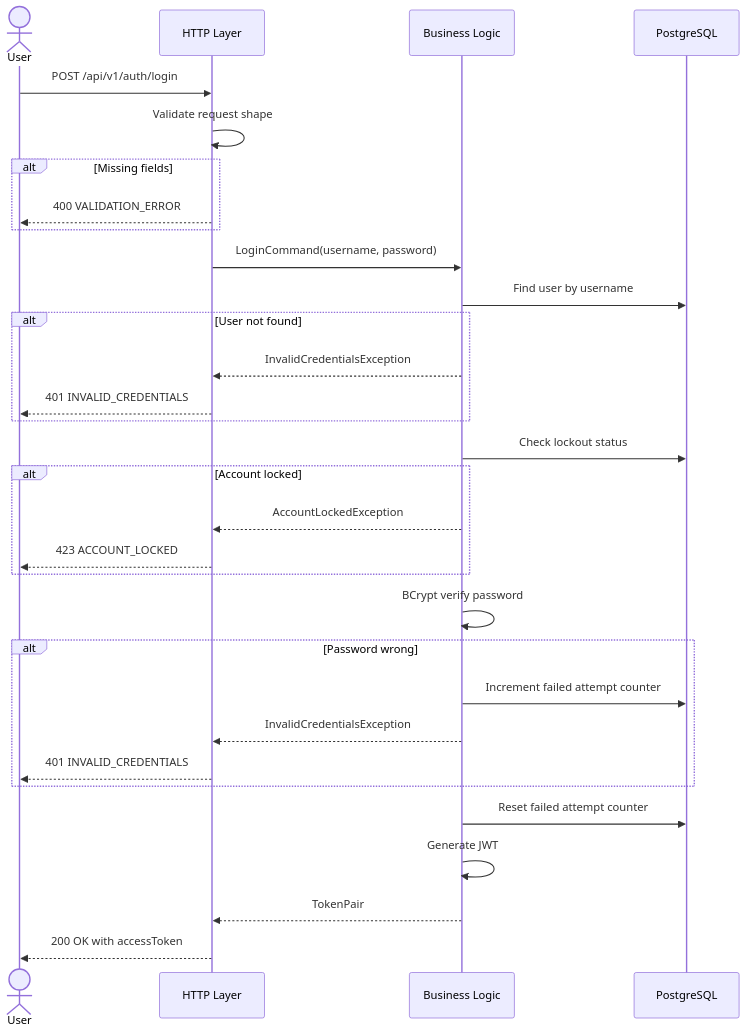
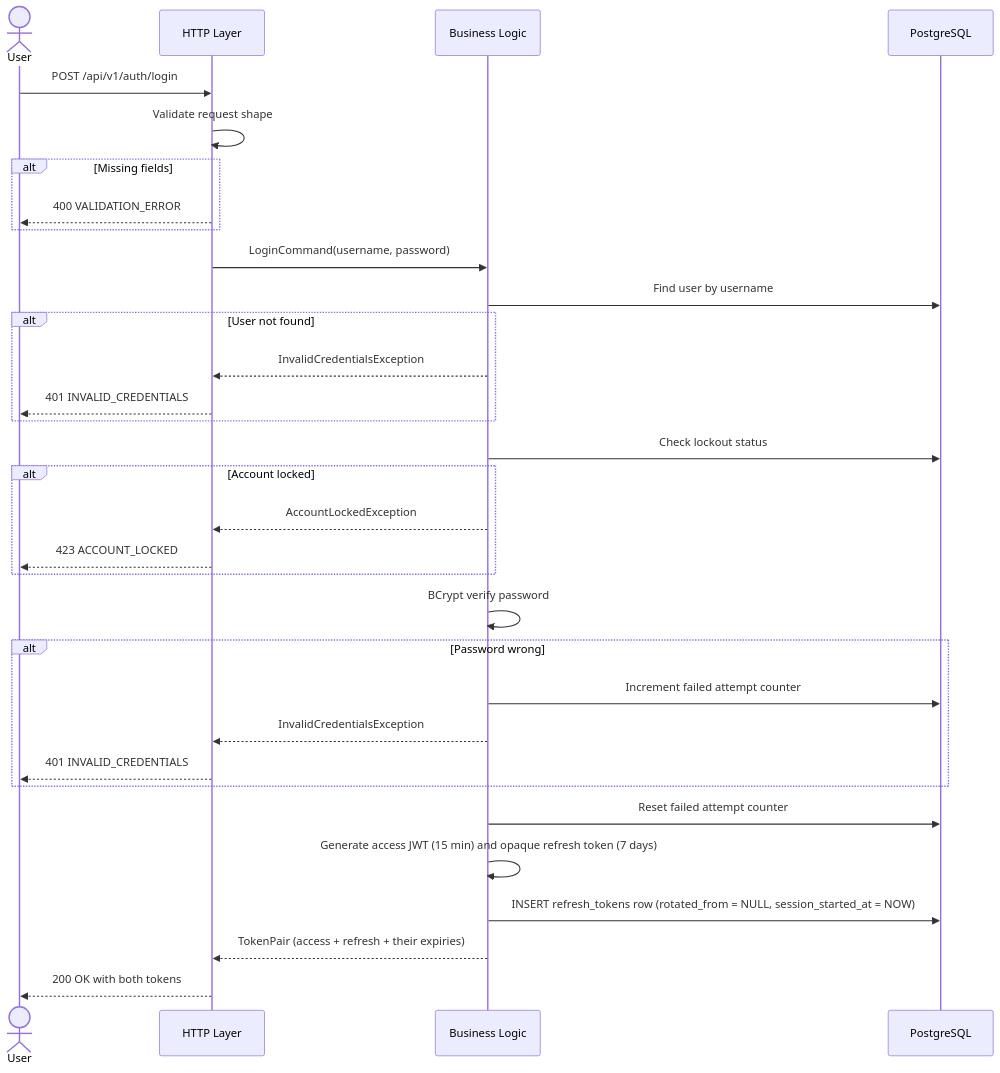
The second of 5 diagrams in MVP/docs/architecture/api-contract.md (Curiosity-Advocate/expense-tracker), drawn with Mermaid before and after one commit. The commit also changed other lines of this file and 31 other files, not shown here.

First line of the commit message:
feat(v2.0 S4): refresh-token rotation with reuse detection and max-session cap

````diff
--- a/MVP/docs/architecture/api-contract.md
+++ b/MVP/docs/architecture/api-contract.md
@@ -67,38 +67,39 @@
 ```mermaid
 sequenceDiagram
     actor User
     participant HTTP as HTTP Layer
     participant BL as Business Logic
     participant DB as PostgreSQL
 
     User->>HTTP: POST /api/v1/auth/login
     HTTP->>HTTP: Validate request shape
     alt Missing fields
         HTTP-->>User: 400 VALIDATION_ERROR
     end
 
     HTTP->>BL: LoginCommand(username, password)
     BL->>DB: Find user by username
     alt User not found
         BL-->>HTTP: InvalidCredentialsException
         HTTP-->>User: 401 INVALID_CREDENTIALS
     end
 
     BL->>DB: Check lockout status
     alt Account locked
         BL-->>HTTP: AccountLockedException
         HTTP-->>User: 423 ACCOUNT_LOCKED
     end
 
     BL->>BL: BCrypt verify password
     alt Password wrong
         BL->>DB: Increment failed attempt counter
         BL-->>HTTP: InvalidCredentialsException
         HTTP-->>User: 401 INVALID_CREDENTIALS
     end
 
     BL->>DB: Reset failed attempt counter
-    BL->>BL: Generate JWT
-    BL-->>HTTP: TokenPair
-    HTTP-->>User: 200 OK with accessToken
+    BL->>BL: Generate access JWT (15 min) and opaque refresh token (7 days)
+    BL->>DB: INSERT refresh_tokens row (rotated_from = NULL, session_started_at = NOW)
+    BL-->>HTTP: TokenPair (access + refresh + their expiries)
+    HTTP-->>User: 200 OK with both tokens
 ```
````
